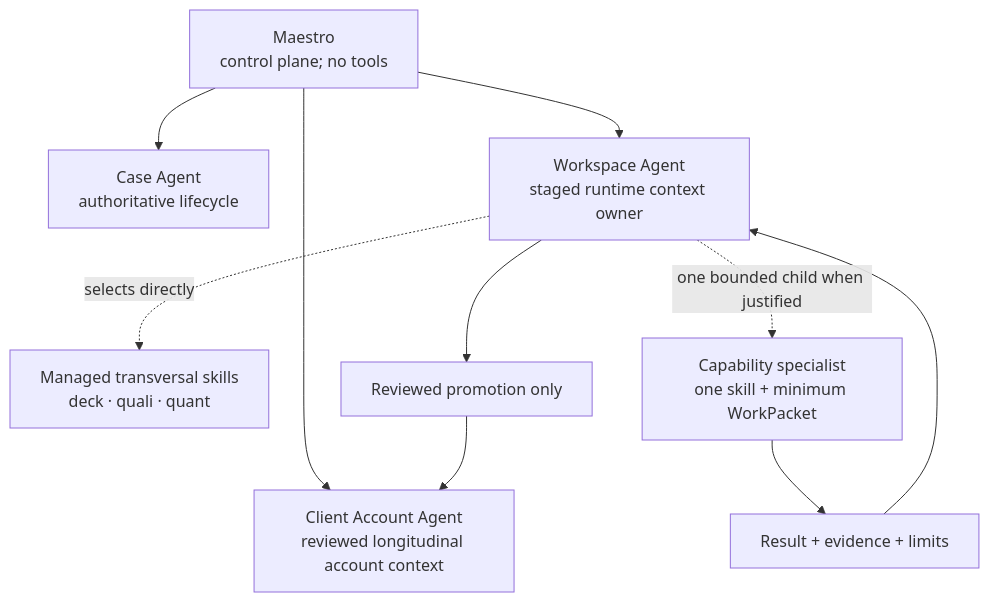
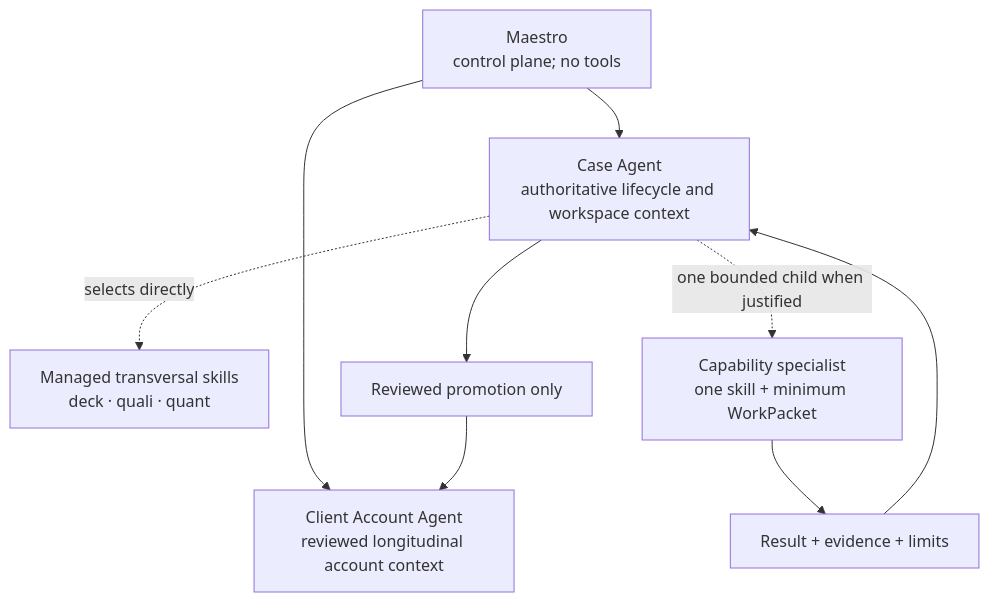
One commit to agentic-os-brasil/bcg-brasil-agentic-os changed the diagram in specs/034-vertical-agents-and-transversal-skills.md. Above: the diagram before and after it, drawn with Mermaid. The commit also changed other lines of this file and 42 other files, not shown here.

````diff
--- a/specs/034-vertical-agents-and-transversal-skills.md
+++ b/specs/034-vertical-agents-and-transversal-skills.md
@@ -23,12 +23,11 @@
 ```mermaid
 flowchart TD
     M["Maestro\ncontrol plane; no tools"] --> A["Client Account Agent\nreviewed longitudinal account context"]
-    M --> C["Case Agent\nauthoritative lifecycle"]
-    M --> W0["Workspace Agent\nstaged runtime context owner"]
-    W0 -. "selects directly" .-> S["Managed transversal skills\ndeck · quali · quant"]
-    W0 -. "one bounded child when justified" .-> W["Capability specialist\none skill + minimum WorkPacket"]
+    M --> C["Case Agent\nauthoritative lifecycle and workspace context"]
+    C -. "selects directly" .-> S["Managed transversal skills\ndeck · quali · quant"]
+    C -. "one bounded child when justified" .-> W["Capability specialist\none skill + minimum WorkPacket"]
     W --> R["Result + evidence + limits"]
-    R --> W0
-    W0 --> P["Reviewed promotion only"]
+    R --> C
+    C --> P["Reviewed promotion only"]
     P --> A
 ```
````
